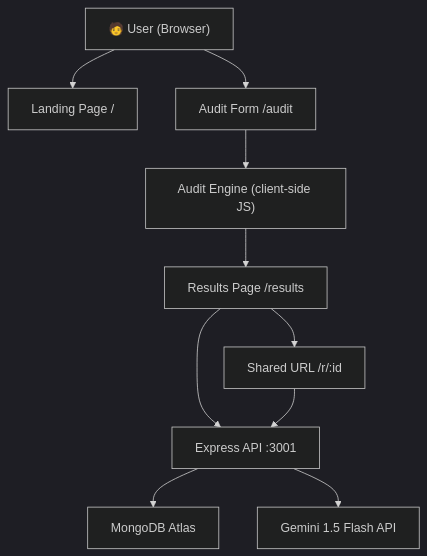
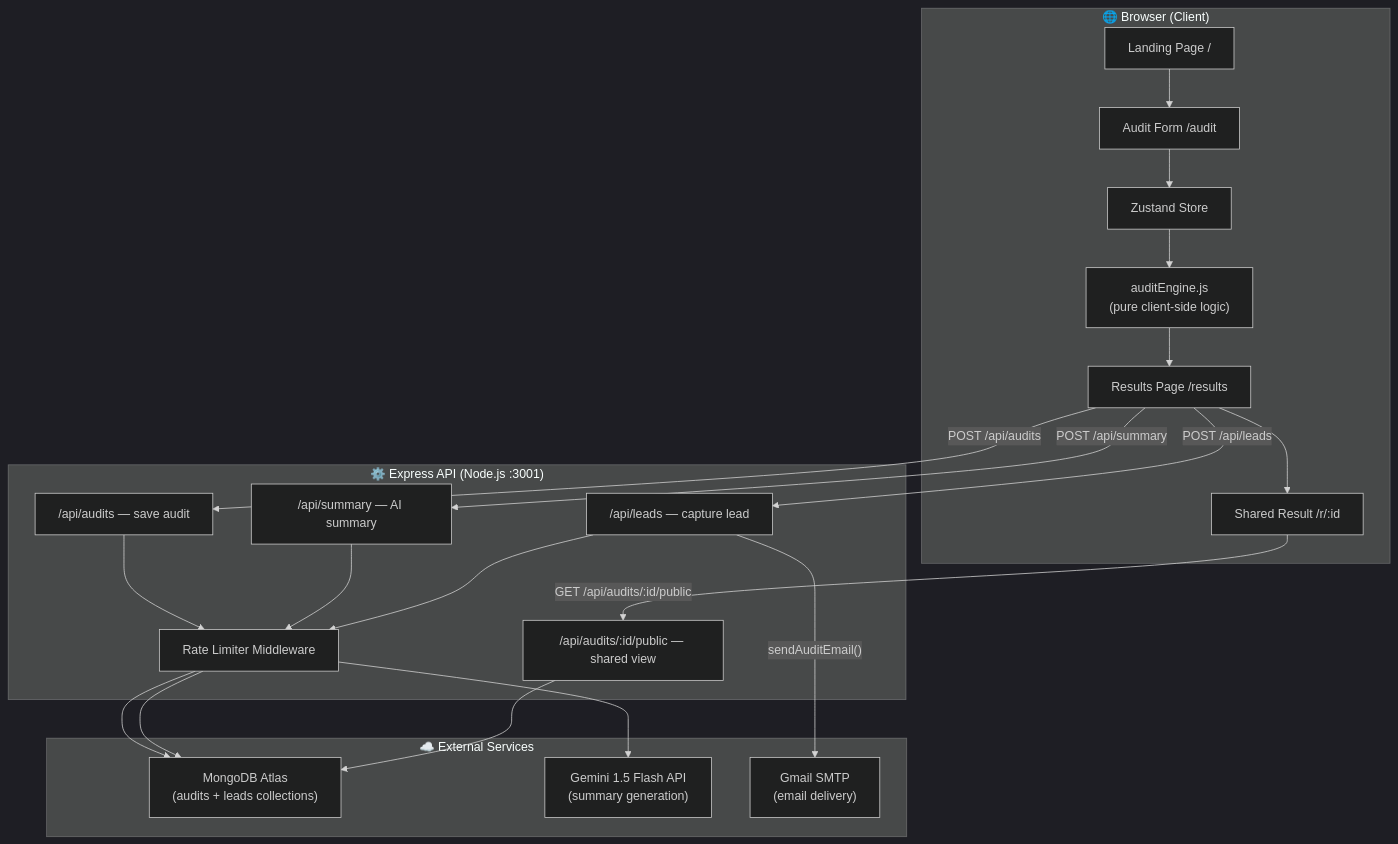
Before and after one commit to BikashOfficial/SpendScan-AI: the diagram in ARCHITECTURE.md, drawn with Mermaid (dark theme). The commit also changed other lines of this file and 4 other files, not shown here.

````diff
--- a/ARCHITECTURE.md
+++ b/ARCHITECTURE.md
@@ -5,12 +13,40 @@
 ```mermaid
 graph TD
-    User["🧑 User (Browser)"] --> LandingPage["Landing Page /"]
-    User --> AuditForm["Audit Form /audit"]
-    AuditForm --> AuditEngine["Audit Engine (client-side JS)"]
-    AuditEngine --> ResultsPage["Results Page /results"]
-    ResultsPage --> Backend["Express API :3001"]
-    Backend --> MongoDB["MongoDB Atlas"]
-    Backend --> Gemini["Gemini 1.5 Flash API"]
-    ResultsPage --> SharedURL["Shared URL /r/:id"]
-    SharedURL --> Backend
+    subgraph Browser ["🌐 Browser (Client)"]
+        LP["Landing Page /"]
+        AF["Audit Form /audit"]
+        ZS["Zustand Store"]
+        AE["auditEngine.js\n(pure client-side logic)"]
+        RP["Results Page /results"]
+        SR["Shared Result /r/:id"]
+    end
+
+    subgraph Backend ["⚙️ Express API (Node.js :3001)"]
+        AR["/api/audits — save audit"]
+        SM["/api/summary — AI summary"]
+        LR["/api/leads — capture lead"]
+        PB["/api/audits/:id/public — shared view"]
+        RL["Rate Limiter Middleware"]
+    end
+
+    subgraph External ["☁️ External Services"]
+        MDB["MongoDB Atlas\n(audits + leads collections)"]
+        GEM["Gemini 1.5 Flash API\n(summary generation)"]
+        SMTP["Gmail SMTP\n(email delivery)"]
+    end
+
+    LP --> AF
+    AF --> ZS
+    ZS --> AE
+    AE --> RP
+    RP -->|"POST /api/audits"| AR
+    RP -->|"POST /api/summary"| SM
+    RP -->|"POST /api/leads"| LR
+    RP --> SR
+    SR -->|"GET /api/audits/:id/public"| PB
+    AR --> RL --> MDB
+    SM --> RL --> GEM
+    LR --> RL --> MDB
+    LR -->|"sendAuditEmail()"| SMTP
+    PB --> MDB
 ```
````
